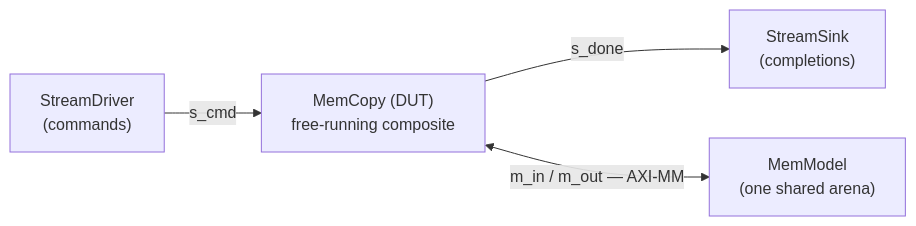
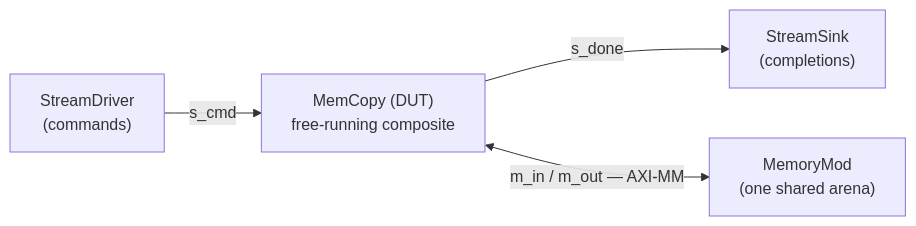
The diagram in docs/examples/memcpy/testbench.md (sdrangan/waveflow), drawn with Mermaid before and after one commit. The commit also changed other lines of this file and 43 other files, not shown here.

First line of the commit message:
refactor(memory): extract MemMgr; rename MemModel -> MemoryMod

````diff
--- a/docs/examples/memcpy/testbench.md
+++ b/docs/examples/memcpy/testbench.md
@@ -31,6 +31,6 @@
 ```mermaid
 graph LR
     DRV["StreamDriver<br/>(commands)"] -->|s_cmd| DUT["MemCopy (DUT)<br/>free-running composite"]
     DUT -->|s_done| SNK["StreamSink<br/>(completions)"]
-    DUT <-->|"m_in / m_out — AXI-MM"| MEM["MemModel<br/>(one shared arena)"]
+    DUT <-->|"m_in / m_out — AXI-MM"| MEM["MemoryMod<br/>(one shared arena)"]
 ```
````
